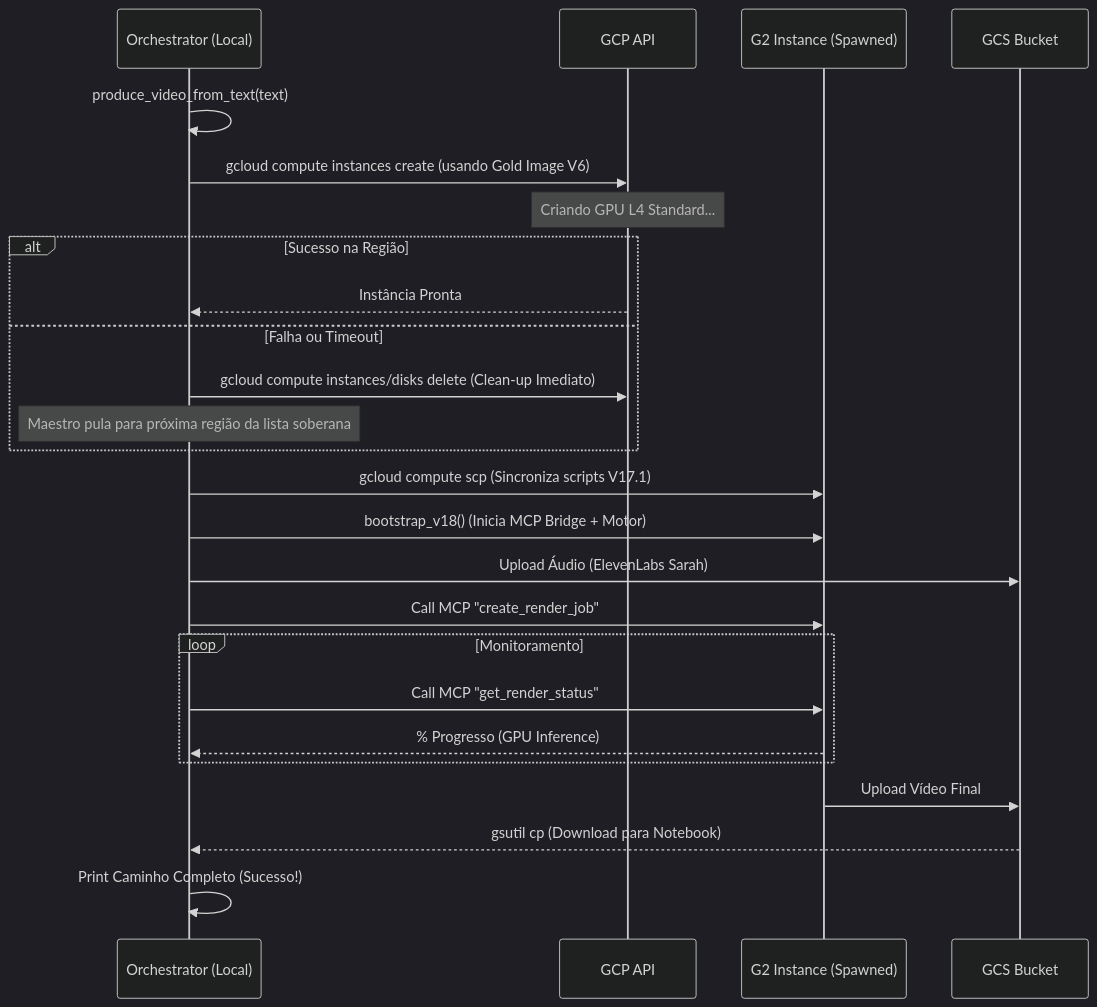
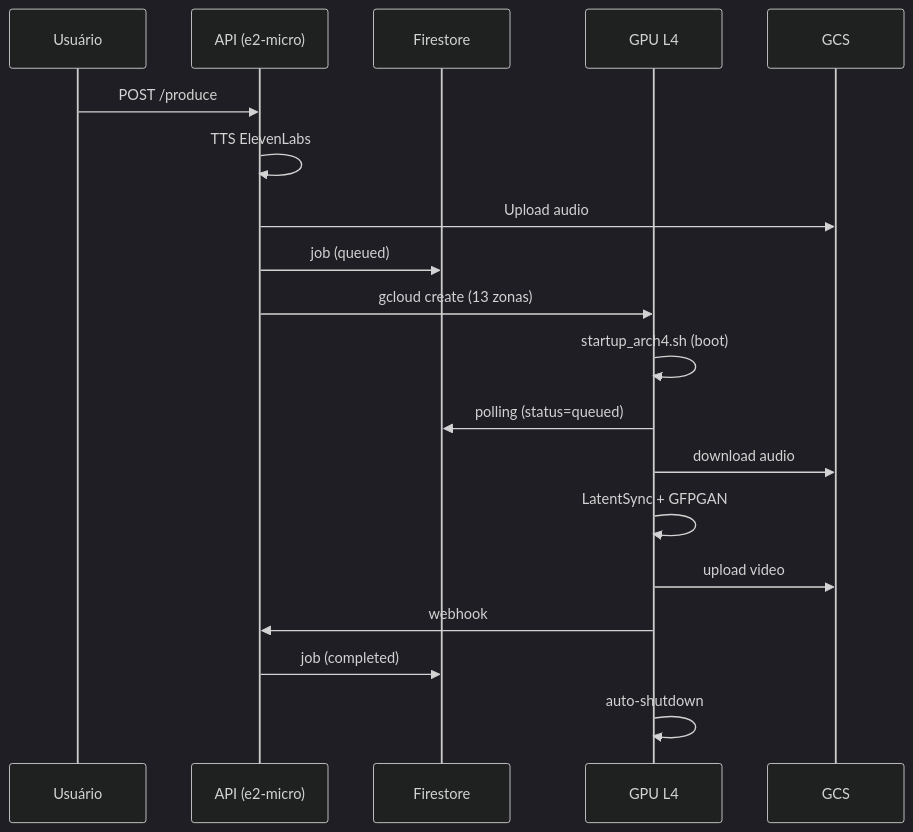
Before and after one commit to viniciusbritor/Avatar: the diagram in docs/INFRASTRUCTURE_FLOW.md, drawn with Mermaid (dark theme). The commit also changed other lines of this file and 2 other files, not shown here.

Commit message:
docs: atualizar docs de infra e orquestrador para v3.2.1

````diff
--- a/docs/INFRASTRUCTURE_FLOW.md
+++ b/docs/INFRASTRUCTURE_FLOW.md
@@ -10,32 +21,22 @@
 ```mermaid
 sequenceDiagram
-    participant O as Orchestrator (Local)
-    participant G as GCP API
-    participant I as G2 Instance (Spawned)
-    participant C as GCS Bucket
+    participant U as Usuário
+    participant A as API (e2-micro)
+    participant F as Firestore
+    participant G as GPU L4
+    participant C as GCS
 
-    O->>O: produce_video_from_text(text)
-    O->>G: gcloud compute instances create (usando Gold Image V6)
-    Note over G: Criando GPU L4 Standard...
-    alt Sucesso na Região
-        G-->>O: Instância Pronta
-    else Falha ou Timeout
-        O->>G: gcloud compute instances/disks delete (Clean-up Imediato)
-        Note over O: Maestro pula para próxima região da lista soberana
-    end
-    
-    O->>I: gcloud compute scp (Sincroniza scripts V17.1)
-    O->>I: bootstrap_v18() (Inicia MCP Bridge + Motor)
-    
-    O->>C: Upload Áudio (ElevenLabs Sarah)
-    O->>I: Call MCP "create_render_job"
-    
-    loop Monitoramento
-        O->>I: Call MCP "get_render_status"
-        I-->>O: % Progresso (GPU Inference)
-    end
-    
-    I->>C: Upload Vídeo Final
-    C-->>O: gsutil cp (Download para Notebook)
-    O->>O: Print Caminho Completo (Sucesso!)
+    U->>A: POST /produce
+    A->>A: TTS ElevenLabs
+    A->>C: Upload audio
+    A->>F: job (queued)
+    A->>G: gcloud create (13 zonas)
+    G->>G: startup_arch4.sh (boot)
+    G->>F: polling (status=queued)
+    G->>C: download audio
+    G->>G: LatentSync + GFPGAN
+    G->>C: upload video
+    G->>A: webhook
+    A->>F: job (completed)
+    G->>G: auto-shutdown
 ```
````
